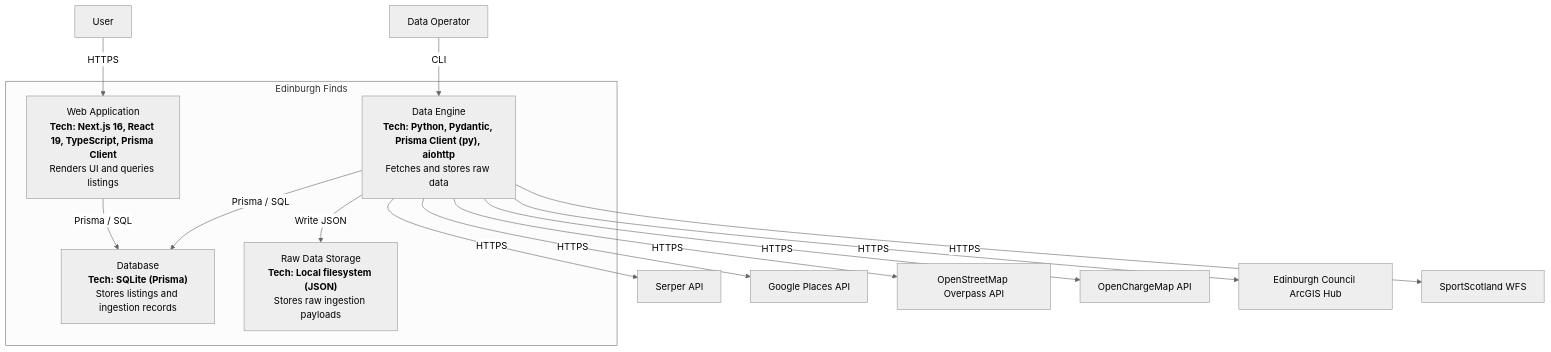
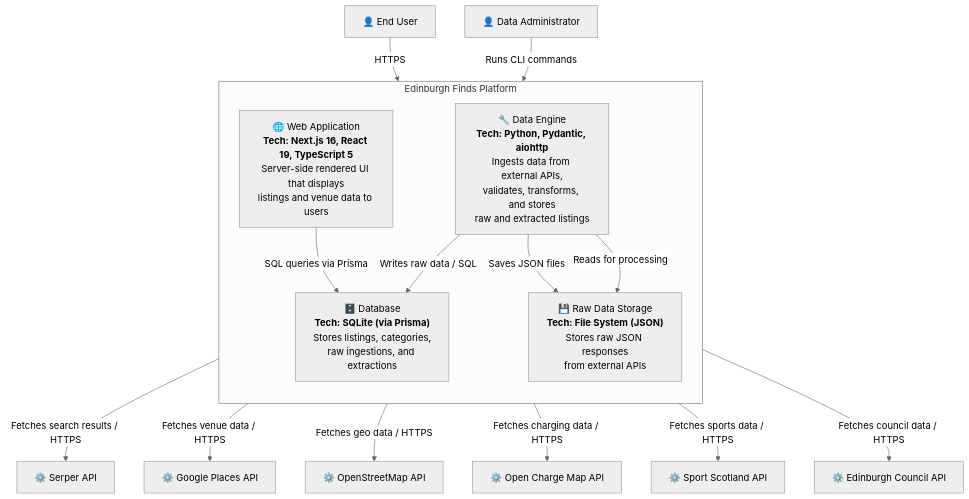
Before and after one commit to LarjGit/edinburgh-finds: the diagram in docs/architecture/c4-level2-container.md, drawn with Mermaid (neutral theme). The commit also changed other lines of this file and 2 other files, not shown here.

Commit message:
docs(architecture): update C4 diagrams with code-verified tech stack
Regenerate C4 Level 1 and Level 2 diagrams based on actual code inspection:
- Add technology labels to all containers (Next.js 16, React 19, Python, SQLite)
- Improve diagram formatting with emojis and better structure
- Add detailed data flow and architectural patterns
- Document all 6 external API integrations from actual connectors
- Expand README with comprehensive viewing and maintenance guidelines

All technology details verified from package.json, requirements.txt,
schema.prisma, and source code imports.

````diff
--- a/docs/architecture/c4-level2-container.md
+++ b/docs/architecture/c4-level2-container.md
@@ -12,33 +12,44 @@
 ```mermaid
 graph TB
-    User["User"]
-    Operator["Data Operator"]
+    %% Users
+    User["👤 End User"]
+    Admin["👤 Data Administrator"]
 
-    subgraph System["Edinburgh Finds"]
-        Web["Web Application<br/><b>Tech: Next.js 16, React 19, TypeScript, Prisma Client</b><br/>Renders UI and queries listings"]
-        DataEngine["Data Engine<br/><b>Tech: Python, Pydantic, Prisma Client (py), aiohttp</b><br/>Fetches and stores raw data"]
-        DB["Database<br/><b>Tech: SQLite (Prisma)</b><br/>Stores listings and ingestion records"]
-        RawStorage["Raw Data Storage<br/><b>Tech: Local filesystem (JSON)</b><br/>Stores raw ingestion payloads"]
+    %% System Boundary
+    subgraph System["Edinburgh Finds Platform"]
+        direction TB
+        Web["🌐 Web Application<br/><b>Tech: Next.js 16, React 19, TypeScript 5</b><br/>Server-side rendered UI that displays<br/>listings and venue data to users"]
+
+        DataEngine["🔧 Data Engine<br/><b>Tech: Python, Pydantic, aiohttp</b><br/>Ingests data from external APIs,<br/>validates, transforms, and stores<br/>raw and extracted listings"]
+
+        DB["🗄️ Database<br/><b>Tech: SQLite (via Prisma)</b><br/>Stores listings, categories,<br/>raw ingestions, and extractions"]
+
+        RawStorage["💾 Raw Data Storage<br/><b>Tech: File System (JSON)</b><br/>Stores raw JSON responses<br/>from external APIs"]
     end
 
-    Serper["Serper API"]
-    GooglePlaces["Google Places API"]
-    OSM["OpenStreetMap Overpass API"]
-    OpenChargeMap["OpenChargeMap API"]
-    EdinburghCouncil["Edinburgh Council ArcGIS Hub"]
-    SportScotland["SportScotland WFS"]
+    %% External Systems
+    Serper["⚙️ Serper API"]
+    GooglePlaces["⚙️ Google Places API"]
+    OSM["⚙️ OpenStreetMap API"]
+    OpenChargeMap["⚙️ Open Charge Map API"]
+    SportScotland["⚙️ Sport Scotland API"]
+    EdinburghCouncil["⚙️ Edinburgh Council API"]
 
+    %% User Relationships
     User -->|"HTTPS"| Web
-    Operator -->|"CLI"| DataEngine
+    Admin -->|"Runs CLI commands"| DataEngine
 
-    Web -->|"Prisma / SQL"| DB
-    DataEngine -->|"Prisma / SQL"| DB
-    DataEngine -->|"Write JSON"| RawStorage
+    %% Internal Relationships
+    Web -->|"SQL queries via Prisma"| DB
+    DataEngine -->|"Writes raw data / SQL"| DB
+    DataEngine -->|"Saves JSON files"| RawStorage
+    DataEngine -->|"Reads for processing"| RawStorage
 
-    DataEngine -->|"HTTPS"| Serper
-    DataEngine -->|"HTTPS"| GooglePlaces
-    DataEngine -->|"HTTPS"| OSM
-    DataEngine -->|"HTTPS"| OpenChargeMap
-    DataEngine -->|"HTTPS"| EdinburghCouncil
-    DataEngine -->|"HTTPS"| SportScotland
+    %% External API Relationships
+    DataEngine -->|"Fetches search results / HTTPS"| Serper
+    DataEngine -->|"Fetches venue data / HTTPS"| GooglePlaces
+    DataEngine -->|"Fetches geo data / HTTPS"| OSM
+    DataEngine -->|"Fetches charging data / HTTPS"| OpenChargeMap
+    DataEngine -->|"Fetches sports data / HTTPS"| SportScotland
+    DataEngine -->|"Fetches council data / HTTPS"| EdinburghCouncil
 ```
````
